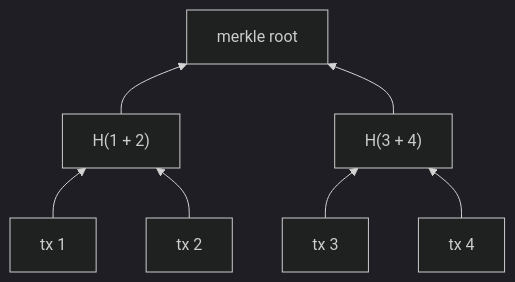
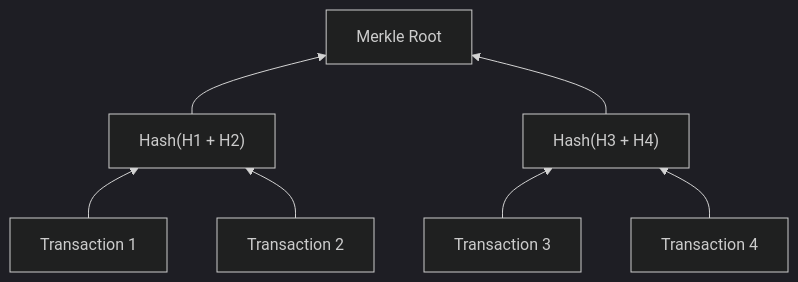
Before and after one commit to walidwh21/MiniChain: the third of 9 diagrams in README.md, drawn with Mermaid (dark theme). The commit also changed other lines of this file, not shown here.

````diff
--- a/README.md
+++ b/README.md
@@ -138,9 +148,11 @@
 ```mermaid
 flowchart BT
-    t1["tx 1"] --> h12["H(1 + 2)"]
-    t2["tx 2"] --> h12
-    t3["tx 3"] --> h34["H(3 + 4)"]
-    t4["tx 4"] --> h34
-    h12 --> root["merkle root"]
+    t1["Transaction 1"] --> h12["Hash(H1 + H2)"]
+    t2["Transaction 2"] --> h12
+
+    t3["Transaction 3"] --> h34["Hash(H3 + H4)"]
+    t4["Transaction 4"] --> h34
+
+    h12 --> root["Merkle Root"]
     h34 --> root
 ```
````
